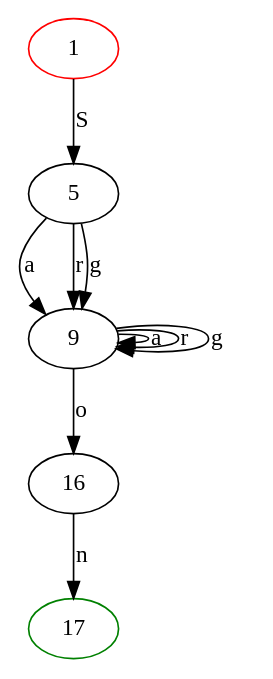
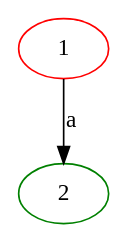
The diagram in tme1/regex/derministicAutomate.dot (aboubacardiawara/DAAR), drawn with Graphviz before and after one commit. The commit also changed 6 other files, not shown here.

```diff
--- a/tme1/regex/derministicAutomate.dot
+++ b/tme1/regex/derministicAutomate.dot
@@ -1,14 +1,5 @@
 digraph {
 	1 [color="red"]
-	1 -> 5 [label="S"]
-	5 -> 9 [label="a"]
-	9 -> 9 [label="a"]
-	9 -> 9 [label="r"]
-	9 -> 9 [label="g"]
-	9 -> 16 [label="o"]
-	17 [color="green"]
-	16 -> 17 [label="n"]
-	17 [color="green"]
-	5 -> 9 [label="r"]
-	5 -> 9 [label="g"]
+	1 -> 2 [label="a"]
+	2 [color="green"]
 }
```
